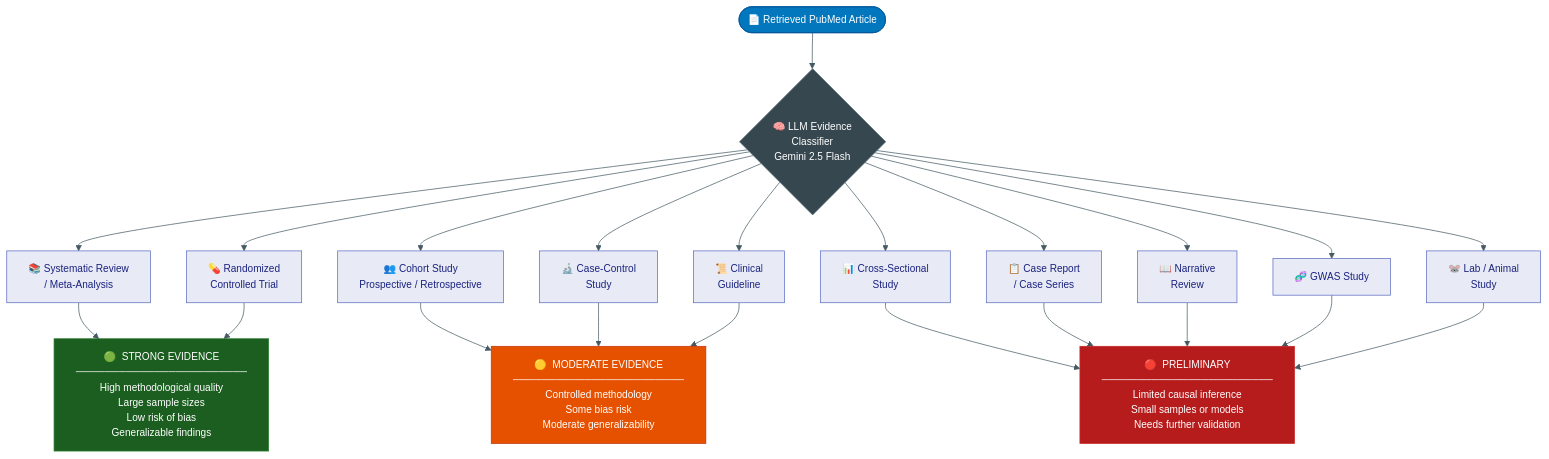
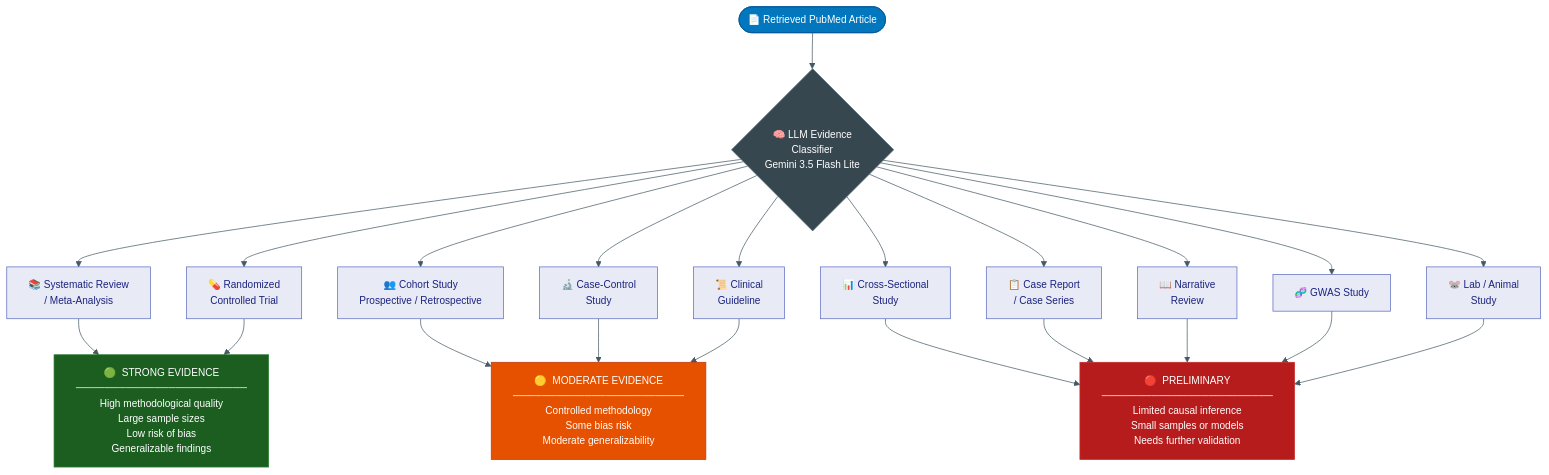
The fifth of 6 diagrams in medical_research_asistant/DIAGRAMS.md (syedmohammedrayan/Medpedia), drawn with Mermaid before and after one commit. The commit also changed other lines of this file and 39 other files, not shown here.

````diff
--- a/medical_research_asistant/DIAGRAMS.md
+++ b/medical_research_asistant/DIAGRAMS.md
@@ -338,55 +338,55 @@
 ```mermaid
 %%{init: {
   'theme': 'base',
   'themeVariables': {
     'primaryColor': '#1565C0',
     'primaryTextColor': '#fff',
     'lineColor': '#455A64',
     'fontSize': '14px'
   }
 }}%%
 
 graph TD
 
     ART(["📄 Retrieved PubMed Article"])
 
-    ART --> CLF{"🧠 LLM Evidence\nClassifier\nGemini 2.5 Flash"}
+    ART --> CLF{"🧠 LLM Evidence\nClassifier\nGemini 3.5 Flash Lite"}
 
     CLF --> T1["📚 Systematic Review\n/ Meta-Analysis"]
     CLF --> T2["💊 Randomized\nControlled Trial"]
     CLF --> T3["👥 Cohort Study\nProspective / Retrospective"]
     CLF --> T4["🔬 Case-Control\nStudy"]
     CLF --> T5["📊 Cross-Sectional\nStudy"]
     CLF --> T6["📋 Case Report\n/ Case Series"]
     CLF --> T7["📖 Narrative\nReview"]
     CLF --> T8["🧬 GWAS Study"]
     CLF --> T9["🐭 Lab / Animal\nStudy"]
     CLF --> T10["📜 Clinical\nGuideline"]
 
     T1 --> STRONG["🟢  STRONG EVIDENCE\n────────────────────────\nHigh methodological quality\nLarge sample sizes\nLow risk of bias\nGeneralizable findings"]
     T2 --> STRONG
 
     T3 --> MOD["🟡  MODERATE EVIDENCE\n────────────────────────\nControlled methodology\nSome bias risk\nModerate generalizability"]
     T4 --> MOD
     T10 --> MOD
 
     T5 --> PREL["🔴  PRELIMINARY\n────────────────────────\nLimited causal inference\nSmall samples or models\nNeeds further validation"]
     T6 --> PREL
     T7 --> PREL
     T8 --> PREL
     T9 --> PREL
 
     classDef articleStyle fill:#0277BD,stroke:#01579B,color:#fff
     classDef classifierStyle fill:#37474F,stroke:#546E7A,color:#fff
     classDef typeStyle fill:#E8EAF6,stroke:#5C6BC0,color:#1A237E
     classDef strongStyle fill:#1B5E20,stroke:#2E7D32,color:#fff
     classDef modStyle fill:#E65100,stroke:#BF360C,color:#fff
     classDef prelStyle fill:#B71C1C,stroke:#C62828,color:#fff
 
     class ART articleStyle
     class CLF classifierStyle
     class T1,T2,T3,T4,T5,T6,T7,T8,T9,T10 typeStyle
     class STRONG strongStyle
     class MOD modStyle
     class PREL prelStyle
 ```
````
